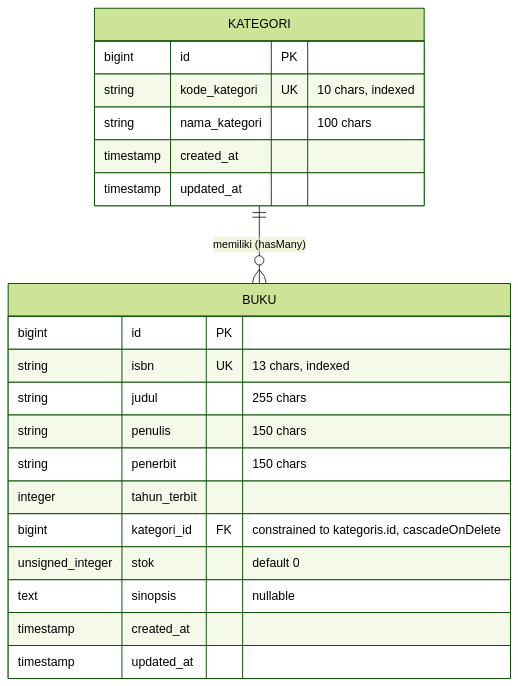
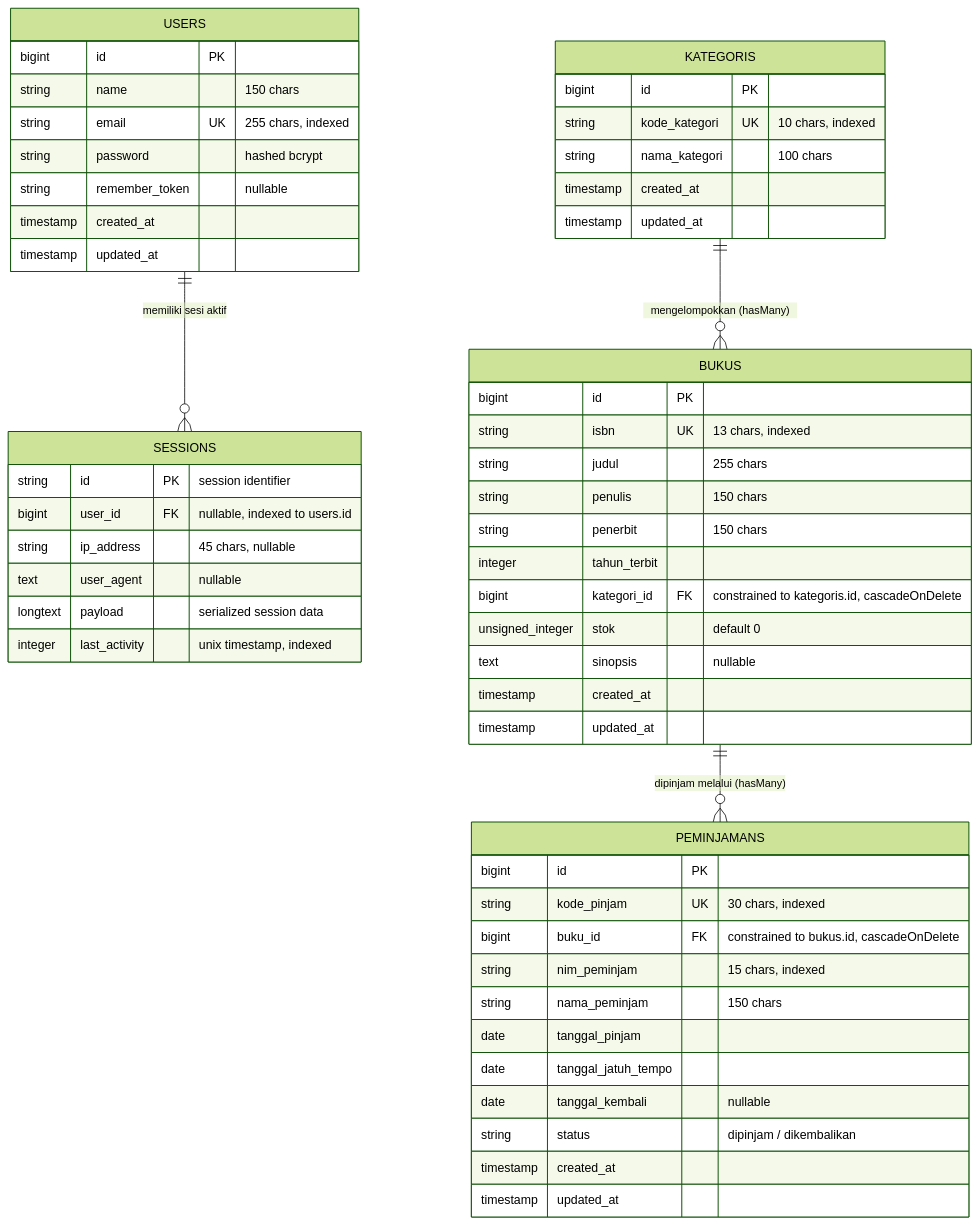
The diagram in README.md (PetraNaibaho/ppw-2026-week6-12S24002), drawn with Mermaid (forest theme) before and after one commit. The commit also changed other lines of this file, not shown here.

````diff
--- a/README.md
+++ b/README.md
@@ -69,24 +101,56 @@
 ```mermaid
 erDiagram
-    KATEGORI ||--o{ BUKU : "memiliki (hasMany)"
-    KATEGORI {
+    USERS ||--o{ SESSIONS : "memiliki sesi aktif"
+    USERS {
+        bigint id PK
+        string name "150 chars"
+        string email UK "255 chars, indexed"
+        string password "hashed bcrypt"
+        string remember_token "nullable"
+        timestamp created_at
+        timestamp updated_at
+    }
+    SESSIONS {
+        string id PK "session identifier"
+        bigint user_id FK "nullable, indexed to users.id"
+        string ip_address "45 chars, nullable"
+        text user_agent "nullable"
+        longtext payload "serialized session data"
+        integer last_activity "unix timestamp, indexed"
+    }
+    KATEGORIS ||--o{ BUKUS : "mengelompokkan (hasMany)"
+    KATEGORIS {
         bigint id PK
         string kode_kategori UK "10 chars, indexed"
         string nama_kategori "100 chars"
         timestamp created_at
         timestamp updated_at
     }
-    BUKU {
+    BUKUS ||--o{ PEMINJAMANS : "dipinjam melalui (hasMany)"
+    BUKUS {
         bigint id PK
         string isbn UK "13 chars, indexed"
         string judul "255 chars"
         string penulis "150 chars"
         string penerbit "150 chars"
         integer tahun_terbit
         bigint kategori_id FK "constrained to kategoris.id, cascadeOnDelete"
         unsigned_integer stok "default 0"
         text sinopsis "nullable"
         timestamp created_at
         timestamp updated_at
     }
+    PEMINJAMANS {
+        bigint id PK
+        string kode_pinjam UK "30 chars, indexed"
+        bigint buku_id FK "constrained to bukus.id, cascadeOnDelete"
+        string nim_peminjam "15 chars, indexed"
+        string nama_peminjam "150 chars"
+        date tanggal_pinjam
+        date tanggal_jatuh_tempo
+        date tanggal_kembali "nullable"
+        string status "dipinjam / dikembalikan"
+        timestamp created_at
+        timestamp updated_at
+    }
 ```
````
